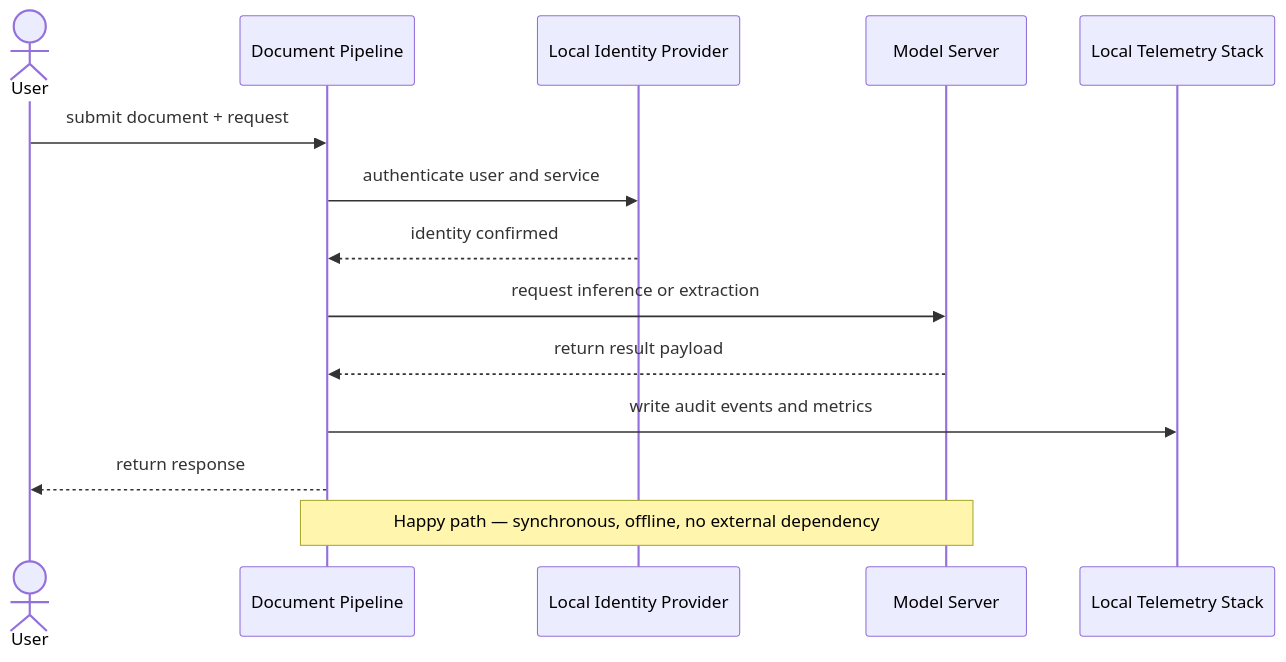
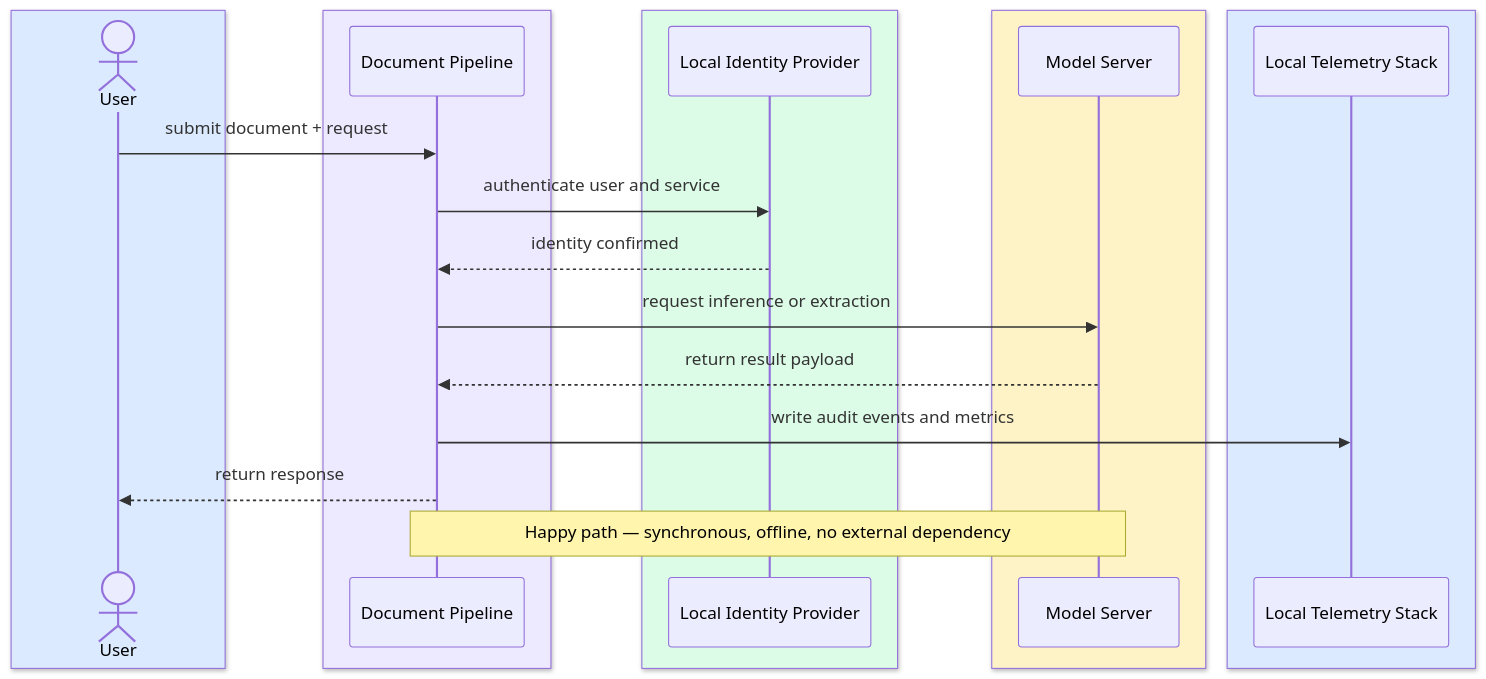
Before and after one commit to Sourav692/Forward-Deployed-Engineer-Interview-Prep: the second of 3 diagrams in site/content/modules/15-fde-case-studies/standalone-designs/air-gapped-ai-system/tutorial-v2-part-3.md, drawn with Mermaid. The commit also changed other lines of this file and 1268 other files, not shown here.

Commit message:
content: polish casebook prose and colour Mermaid diagrams

````diff
--- a/site/content/modules/15-fde-case-studies/standalone-designs/air-gapped-ai-system/tutorial-v2-part-3.md
+++ b/site/content/modules/15-fde-case-studies/standalone-designs/air-gapped-ai-system/tutorial-v2-part-3.md
@@ -90,18 +100,28 @@
 ```mermaid
 sequenceDiagram
-    actor User
-    participant DP as Document Pipeline
-    participant LIP as Local Identity Provider
-    participant MS as Model Server
-    participant LTS as Local Telemetry Stack
+    box rgb(219,234,254)
+        actor User
+    end
+    box rgb(237,233,254)
+        participant DP as Document Pipeline
+    end
+    box rgb(220,252,231)
+        participant LIP as Local Identity Provider
+    end
+    box rgb(254,243,199)
+        participant MS as Model Server
+    end
+    box rgb(219,234,254)
+        participant LTS as Local Telemetry Stack
+    end
 
     User->>DP: submit document + request
     DP->>LIP: authenticate user and service
     LIP-->>DP: identity confirmed
     DP->>MS: request inference or extraction
     MS-->>DP: return result payload
     DP->>LTS: write audit events and metrics
     DP-->>User: return response
 
     Note over DP,MS: Happy path — synchronous, offline, no external dependency
 ```
````
